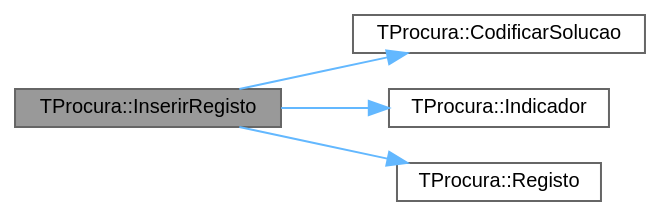
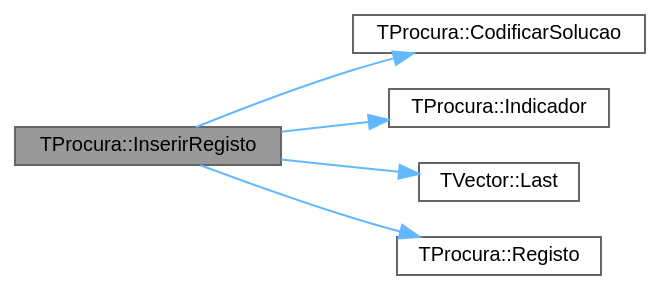
The diagram in classTProcura_acd7a254a5057023a21b9909053c36f24_cgraph.dot (jcoelho72/TProcura), drawn with Graphviz before and after one commit. The commit also changed 289 other files, not shown here.

```diff
--- a/classTProcura_acd7a254a5057023a21b9909053c36f24_cgraph.dot
+++ b/classTProcura_acd7a254a5057023a21b9909053c36f24_cgraph.dot
@@ -1,15 +1,17 @@
 digraph "TProcura::InserirRegisto"
 {
  // LATEX_PDF_SIZE
   bgcolor="transparent";
   edge [fontname=Helvetica,fontsize=10,labelfontname=Helvetica,labelfontsize=10];
   node [fontname=Helvetica,fontsize=10,shape=box,height=0.2,width=0.4];
   rankdir="LR";
   Node1 [id="Node000001",label="TProcura::InserirRegisto",height=0.2,width=0.4,color="gray40", fillcolor="grey60", style="filled", fontcolor="black",tooltip="Insere um novo registo de resultados."];
   Node1 -> Node2 [id="edge1_Node000001_Node000002",color="steelblue1",style="solid",tooltip=" "];
   Node2 [id="Node000002",label="TProcura::CodificarSolucao",height=0.2,width=0.4,color="grey40", fillcolor="white", style="filled",URL="$classTProcura.html#ac772df9c7bcd3c5bb20f17c783ec3155",tooltip="retorna um vetor de inteiros com a codificação da solução (esta codificação será adicionada aos indic..."];
   Node1 -> Node3 [id="edge2_Node000001_Node000003",color="steelblue1",style="solid",tooltip=" "];
   Node3 [id="Node000003",label="TProcura::Indicador",height=0.2,width=0.4,color="grey40", fillcolor="white", style="filled",URL="$classTProcura.html#a39f8ec3e0c97c7bc1bcd45e685168da2",tooltip="Retorna um indicador, após a execução do algoritmo."];
   Node1 -> Node4 [id="edge3_Node000001_Node000004",color="steelblue1",style="solid",tooltip=" "];
-  Node4 [id="Node000004",label="TProcura::Registo",height=0.2,width=0.4,color="grey40", fillcolor="white", style="filled",URL="$classTProcura.html#ae7fda59c4090bfd47b63d2d227122b77",tooltip="Procura um registo com determinado id."];
+  Node4 [id="Node000004",label="TVector::Last",height=0.2,width=0.4,color="grey40", fillcolor="white", style="filled",URL="$classTVector.html#aa304d639c79ef2842f9951846c6292e3",tooltip=" "];
+  Node1 -> Node5 [id="edge4_Node000001_Node000005",color="steelblue1",style="solid",tooltip=" "];
+  Node5 [id="Node000005",label="TProcura::Registo",height=0.2,width=0.4,color="grey40", fillcolor="white", style="filled",URL="$classTProcura.html#ae7fda59c4090bfd47b63d2d227122b77",tooltip="Procura um registo com determinado id."];
 }
```
